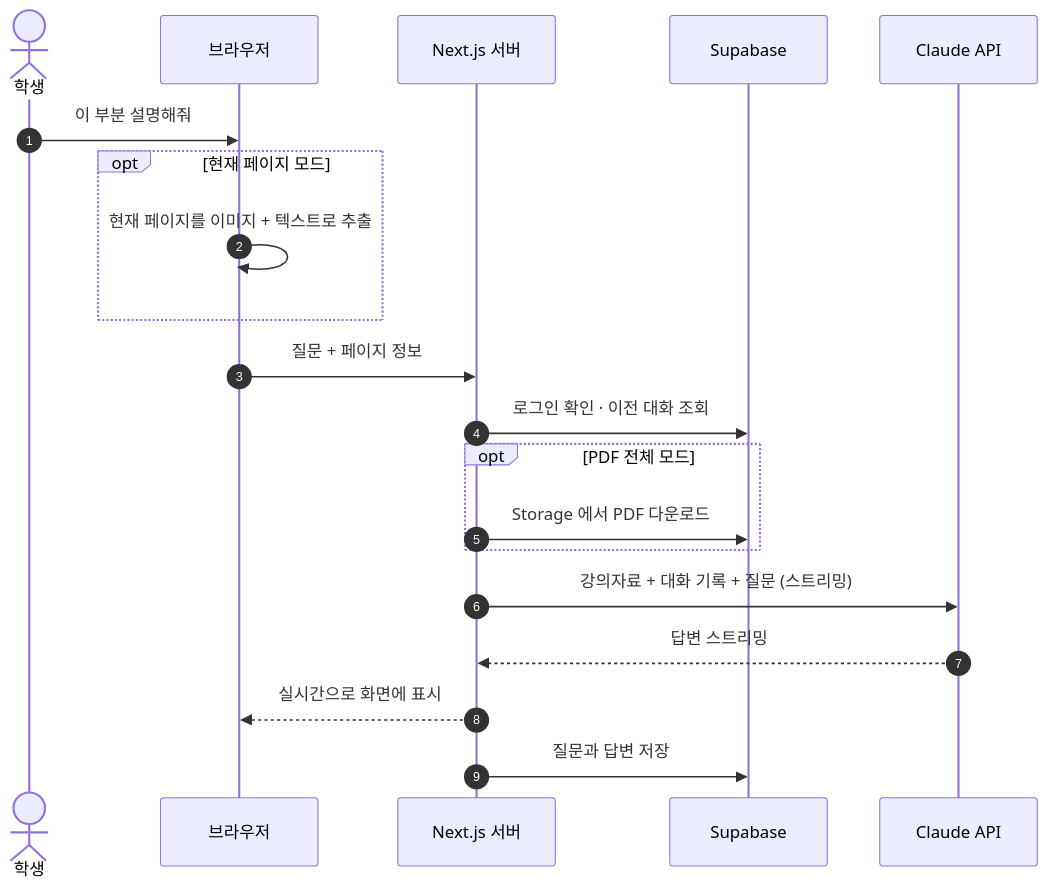
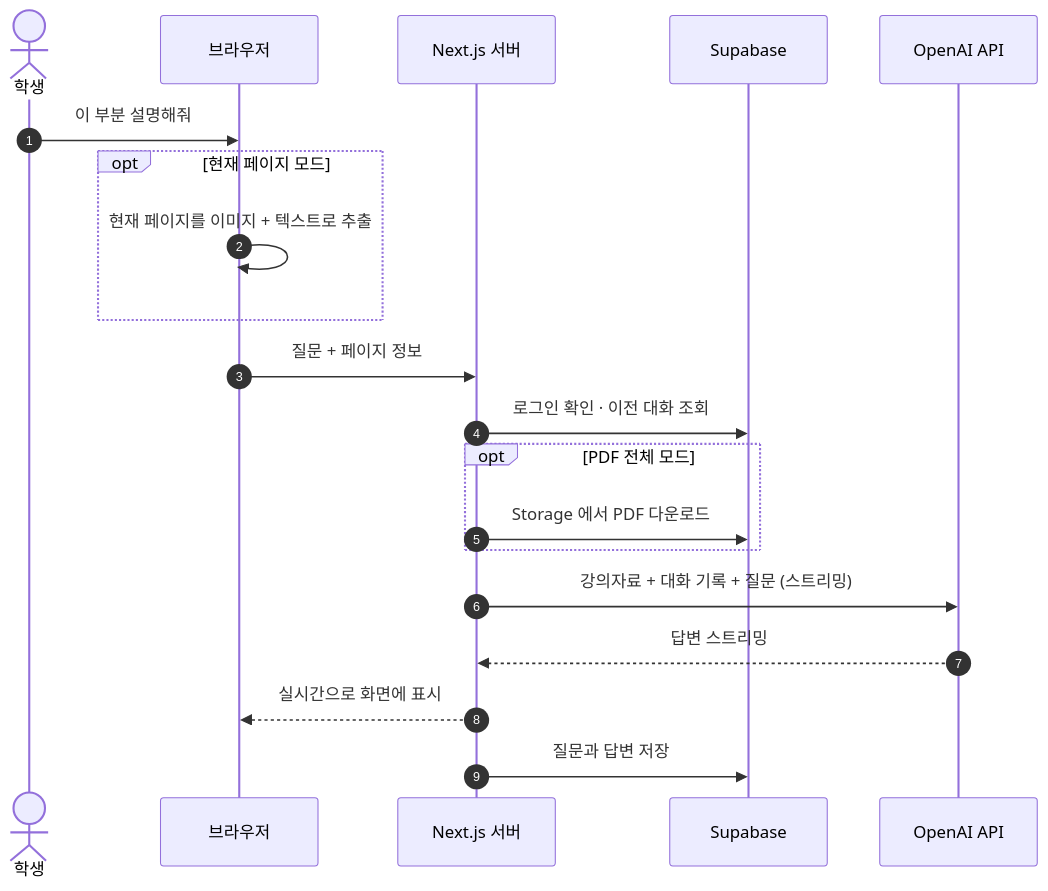
Before and after one commit to Ohhaeseo/Lecture_campus: the second of 2 diagrams in README.md, drawn with Mermaid. The commit also changed other lines of this file and 14 other files, not shown here.

````diff
--- a/README.md
+++ b/README.md
@@ -276,23 +276,23 @@
 ```mermaid
 sequenceDiagram
     autonumber
     actor U as 학생
     participant B as 브라우저
     participant S as Next.js 서버
     participant DB as Supabase
-    participant C as Claude API
+    participant C as OpenAI API
 
     U->>B: 이 부분 설명해줘
     opt 현재 페이지 모드
         B->>B: 현재 페이지를 이미지 + 텍스트로 추출
     end
     B->>S: 질문 + 페이지 정보
     S->>DB: 로그인 확인 · 이전 대화 조회
     opt PDF 전체 모드
         S->>DB: Storage 에서 PDF 다운로드
     end
     S->>C: 강의자료 + 대화 기록 + 질문 (스트리밍)
     C-->>S: 답변 스트리밍
     S-->>B: 실시간으로 화면에 표시
     S->>DB: 질문과 답변 저장
 ```
````
